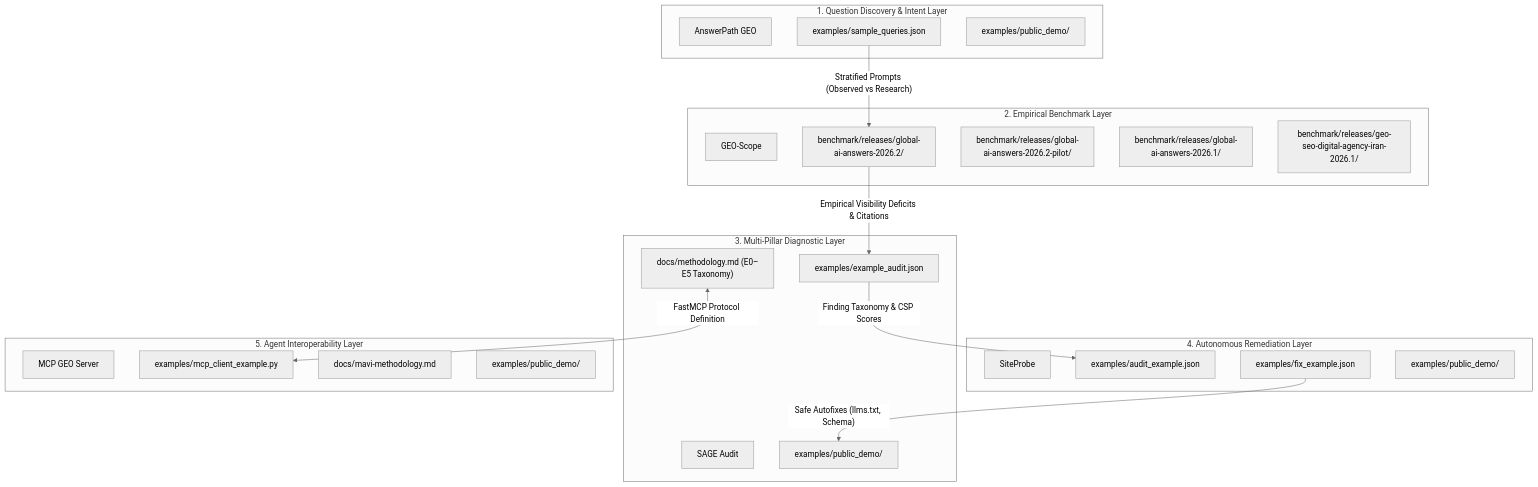
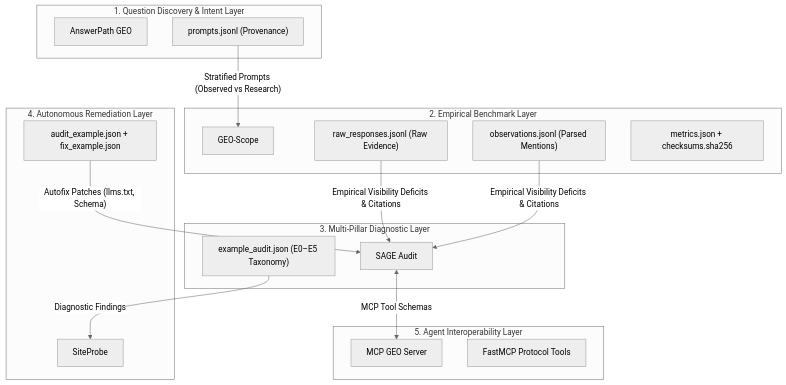
Before and after one commit to tmolavi/geo-scope: the diagram in docs/EVIDENCE_MAP.md, drawn with Mermaid (neutral theme). The commit also changed other lines of this file and 1 other file, not shown here.

Commit message:
docs: align GEO-Scope positioning with evidence-based measurement

````diff
--- a/docs/EVIDENCE_MAP.md
+++ b/docs/EVIDENCE_MAP.md
@@ -5,43 +5,35 @@
 ```mermaid
 flowchart TD
     subgraph Step1 ["1. Question Discovery & Intent Layer"]
         AP["AnswerPath GEO"]
-        AP_E1["examples/sample_queries.json"]
-        AP_E2["examples/public_demo/"]
+        AP_E1["prompts.jsonl (Provenance)"]
     end
 
     subgraph Step2 ["2. Empirical Benchmark Layer"]
         GS["GEO-Scope"]
-        GS_E1["benchmark/releases/global-ai-answers-2026.2/"]
-        GS_E2["benchmark/releases/global-ai-answers-2026.2-pilot/"]
-        GS_E3["benchmark/releases/global-ai-answers-2026.1/"]
-        GS_E4["benchmark/releases/geo-seo-digital-agency-iran-2026.1/"]
+        GS_E1["raw_responses.jsonl (Raw Evidence)"]
+        GS_E2["observations.jsonl (Parsed Mentions)"]
+        GS_E3["metrics.json + checksums.sha256"]
     end
 
     subgraph Step3 ["3. Multi-Pillar Diagnostic Layer"]
         SA["SAGE Audit"]
-        SA_E1["examples/example_audit.json"]
-        SA_E2["docs/methodology.md (E0–E5 Taxonomy)"]
-        SA_E3["examples/public_demo/"]
+        SA_E1["example_audit.json (E0–E5 Taxonomy)"]
     end
 
     subgraph Step4 ["4. Autonomous Remediation Layer"]
         SP["SiteProbe"]
-        SP_E1["examples/audit_example.json"]
-        SP_E2["examples/fix_example.json"]
-        SP_E3["examples/public_demo/"]
+        SP_E1["audit_example.json + fix_example.json"]
     end
 
     subgraph Step5 ["5. Agent Interoperability Layer"]
         MCP["MCP GEO Server"]
-        MCP_E1["examples/mcp_client_example.py"]
-        MCP_E2["docs/mavi-methodology.md"]
-        MCP_E3["examples/public_demo/"]
+        MCP_E1["FastMCP Protocol Tools"]
     end
 
-    AP_E1 -->|"Stratified Prompts (Observed vs Research)"| GS_E1
-    GS_E1 -->|"Empirical Visibility Deficits & Citations"| SA_E1
-    SA_E1 -->|"Finding Taxonomy & CSP Scores"| SP_E1
-    SP_E2 -->|"Safe Autofixes (llms.txt, Schema)"| SA_E3
-    SA_E2 <-->|"FastMCP Protocol Definition"| MCP_E1
+    AP_E1 -->|"Stratified Prompts (Observed vs Research)"| GS
+    GS_E1 & GS_E2 -->|"Empirical Visibility Deficits & Citations"| SA
+    SA_E1 -->|"Diagnostic Findings"| SP
+    SP_E1 -->|"Autofix Patches (llms.txt, Schema)"| SA
+    SA <-->|"MCP Tool Schemas"| MCP
 ```
````
